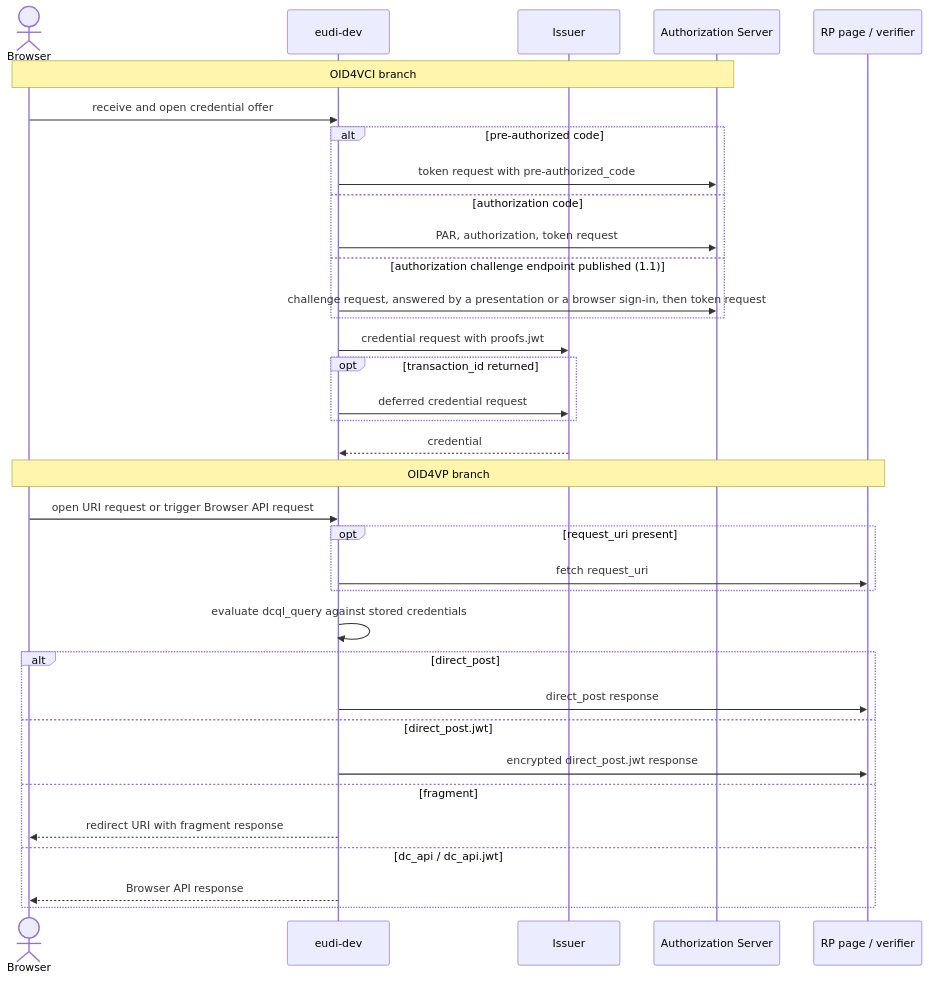
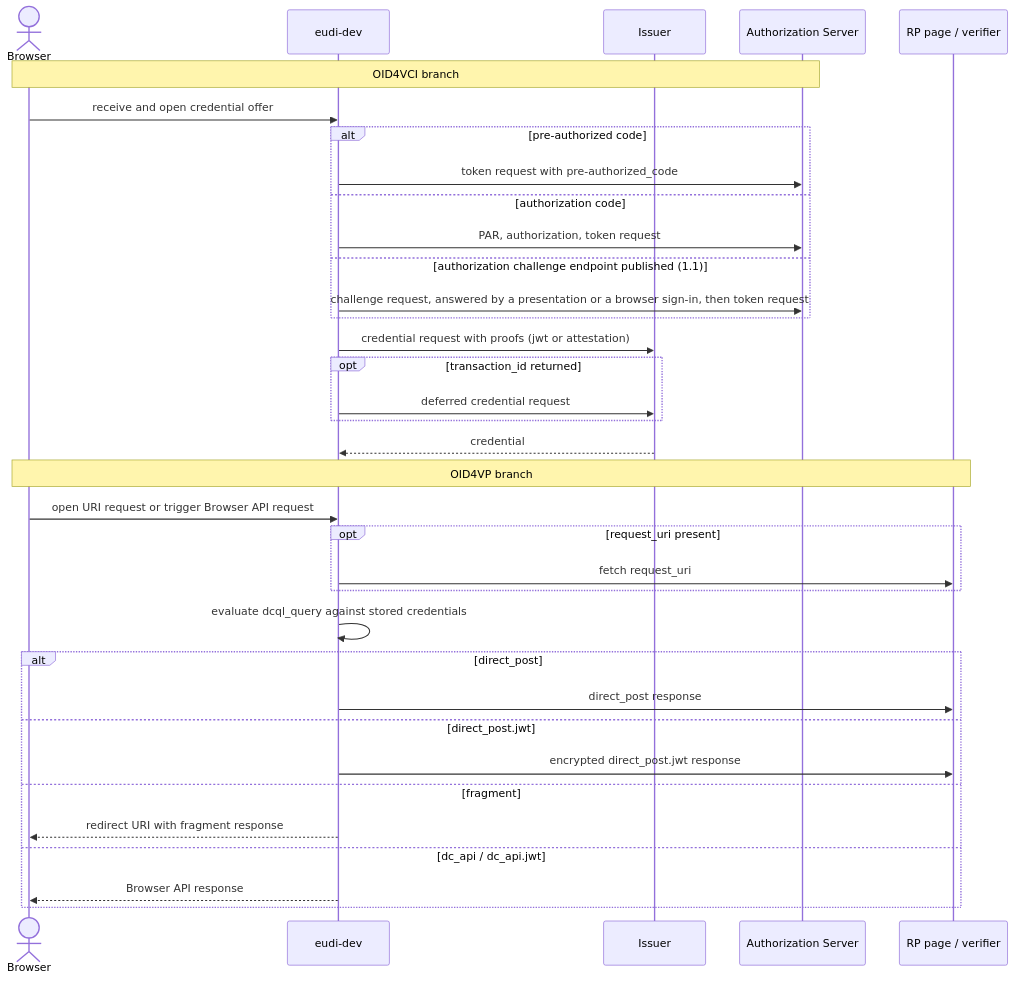
Before and after one commit to dominikschlosser/eudi-dev: the second of 2 diagrams in docs/diagrams/README.md, drawn with Mermaid. The commit also changed 13 other files, not shown here.

````diff
--- a/docs/diagrams/README.md
+++ b/docs/diagrams/README.md
@@ -37,39 +37,39 @@
 ```mermaid
 sequenceDiagram
     actor Browser
     participant Wallet as eudi-dev
     participant Issuer
     participant AS as Authorization Server
     participant RP as RP page / verifier
 
     Note over Browser,AS: OID4VCI branch
     Browser->>Wallet: receive and open credential offer
     alt pre-authorized code
         Wallet->>AS: token request with pre-authorized_code
     else authorization code
         Wallet->>AS: PAR, authorization, token request
     else authorization challenge endpoint published (1.1)
         Wallet->>AS: challenge request, answered by a presentation or a browser sign-in, then token request
     end
-    Wallet->>Issuer: credential request with proofs.jwt
+    Wallet->>Issuer: credential request with proofs (jwt or attestation)
     opt transaction_id returned
         Wallet->>Issuer: deferred credential request
     end
     Issuer-->>Wallet: credential
 
     Note over Browser,RP: OID4VP branch
     Browser->>Wallet: open URI request or trigger Browser API request
     opt request_uri present
         Wallet->>RP: fetch request_uri
     end
     Wallet->>Wallet: evaluate dcql_query against stored credentials
     alt direct_post
         Wallet->>RP: direct_post response
     else direct_post.jwt
         Wallet->>RP: encrypted direct_post.jwt response
     else fragment
         Wallet-->>Browser: redirect URI with fragment response
     else dc_api / dc_api.jwt
         Wallet-->>Browser: Browser API response
     end
 ```
````
